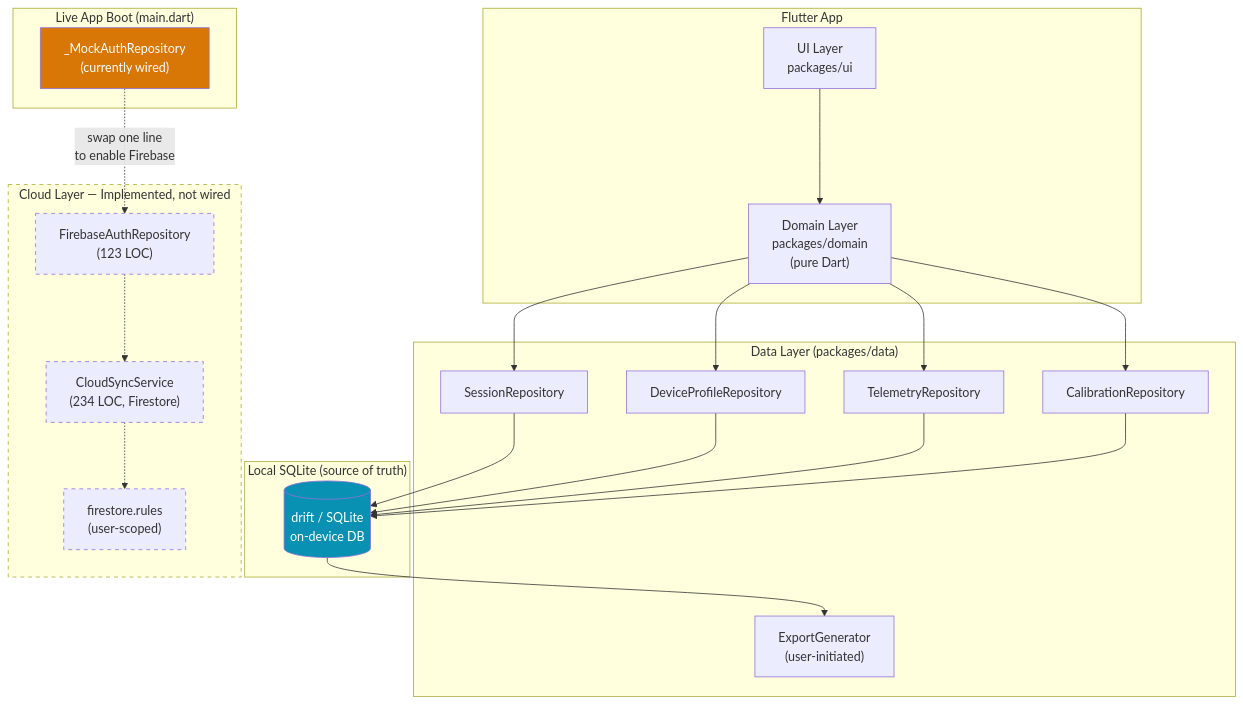
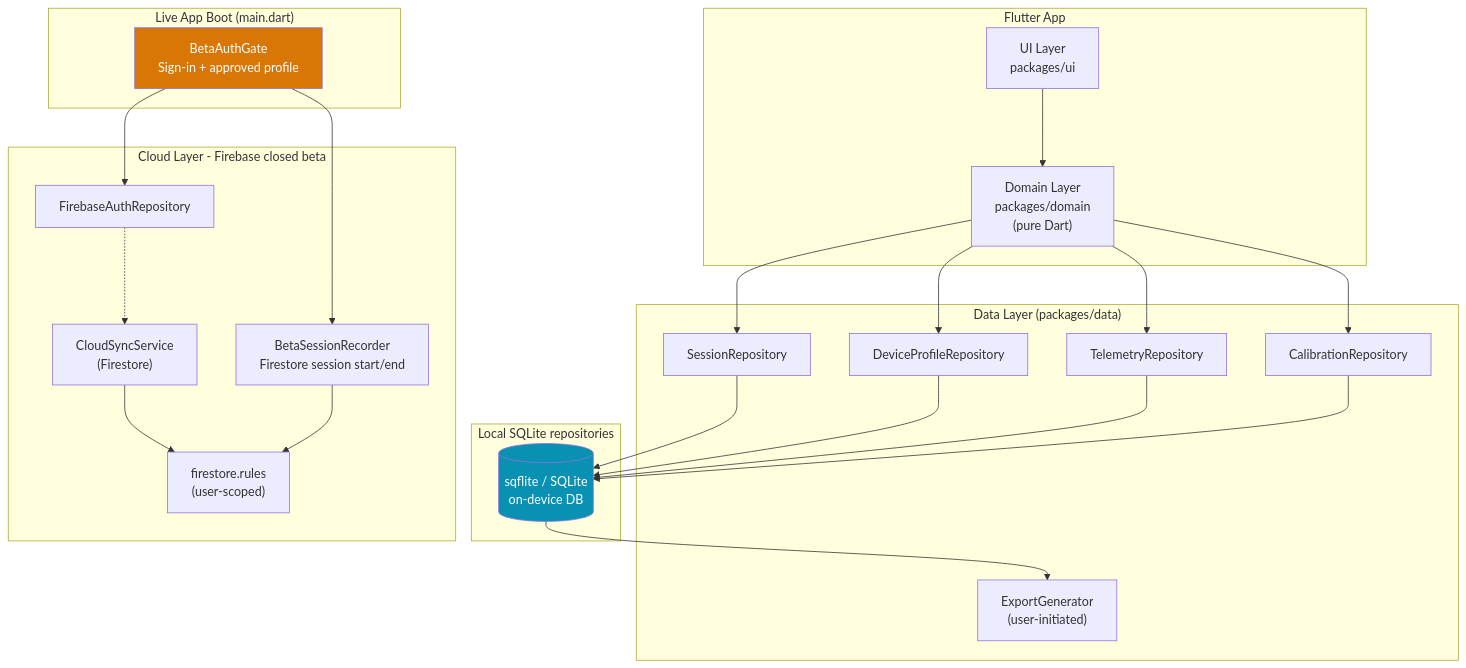
The fourth of 4 diagrams in LightRoutines/README.md (MILTONADINA/Private-Projects-Portfolio-Showcase), drawn with Mermaid before and after one commit. The commit also changed other lines of this file and 43 other files, not shown here.

````diff
--- a/LightRoutines/README.md
+++ b/LightRoutines/README.md
@@ -220,45 +244,44 @@
 ```mermaid
 graph TB
     subgraph App["Flutter App"]
         UI["UI Layer<br/>packages/ui"]
         Domain["Domain Layer<br/>packages/domain<br/>(pure Dart)"]
     end
 
     subgraph Data["Data Layer (packages/data)"]
         SessRepo["SessionRepository"]
         ProfRepo["DeviceProfileRepository"]
         TelRepo["TelemetryRepository"]
         CalRepo["CalibrationRepository"]
         Export["ExportGenerator<br/>(user-initiated)"]
     end
 
-    subgraph LocalStore["Local SQLite (source of truth)"]
-        DB[("drift / SQLite<br/>on-device DB")]
+    subgraph LocalStore["Local SQLite repositories"]
+        DB[("sqflite / SQLite<br/>on-device DB")]
     end
 
-    subgraph CloudOptIn["Cloud Layer — Implemented, not wired"]
-        FAuth["FirebaseAuthRepository<br/>(123 LOC)"]
-        Sync["CloudSyncService<br/>(234 LOC, Firestore)"]
+    subgraph CloudOptIn["Cloud Layer - Firebase closed beta"]
+        FAuth["FirebaseAuthRepository"]
+        Sync["CloudSyncService<br/>(Firestore)"]
         Rules["firestore.rules<br/>(user-scoped)"]
+        Recorder["BetaSessionRecorder<br/>Firestore session start/end"]
     end
 
     subgraph LiveBoot["Live App Boot (main.dart)"]
-        MockAuth["_MockAuthRepository<br/>(currently wired)"]
+        BetaGate["BetaAuthGate<br/>Sign-in + approved profile"]
     end
 
     UI --> Domain
     Domain --> SessRepo & ProfRepo & TelRepo & CalRepo
     SessRepo & ProfRepo & TelRepo & CalRepo --> DB
     DB --> Export
 
-    MockAuth -.->|"swap one line<br/>to enable Firebase"| FAuth
+    BetaGate --> FAuth
+    BetaGate --> Recorder
     FAuth -.-> Sync
-    Sync -.-> Rules
+    Sync --> Rules
+    Recorder --> Rules
 
     style DB fill:#0891b2,color:#fff
-    style MockAuth fill:#d97706,color:#fff
-    style CloudOptIn stroke-dasharray: 5 5
-    style FAuth stroke-dasharray: 5 5
-    style Sync stroke-dasharray: 5 5
-    style Rules stroke-dasharray: 5 5
+    style BetaGate fill:#d97706,color:#fff
 ```
````
